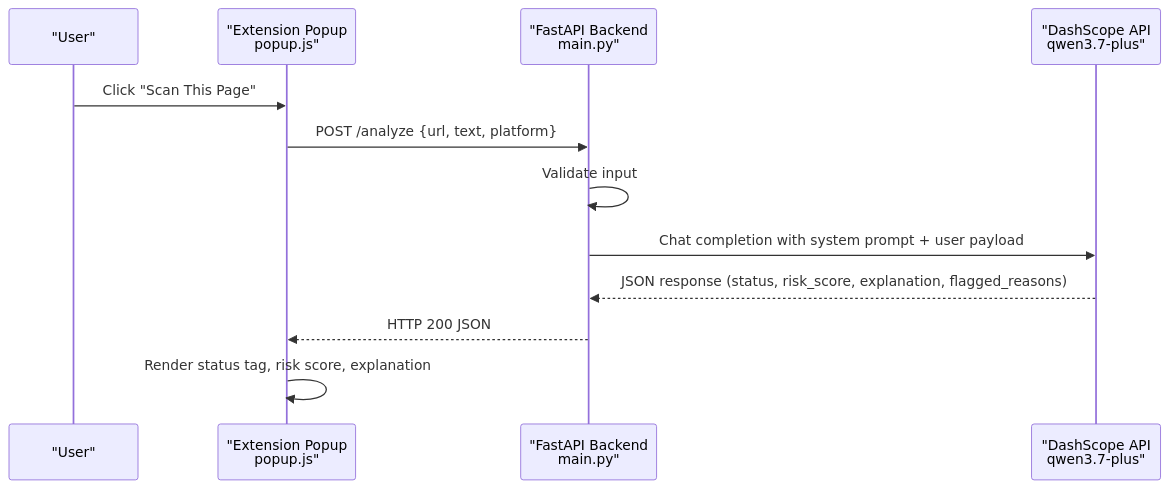
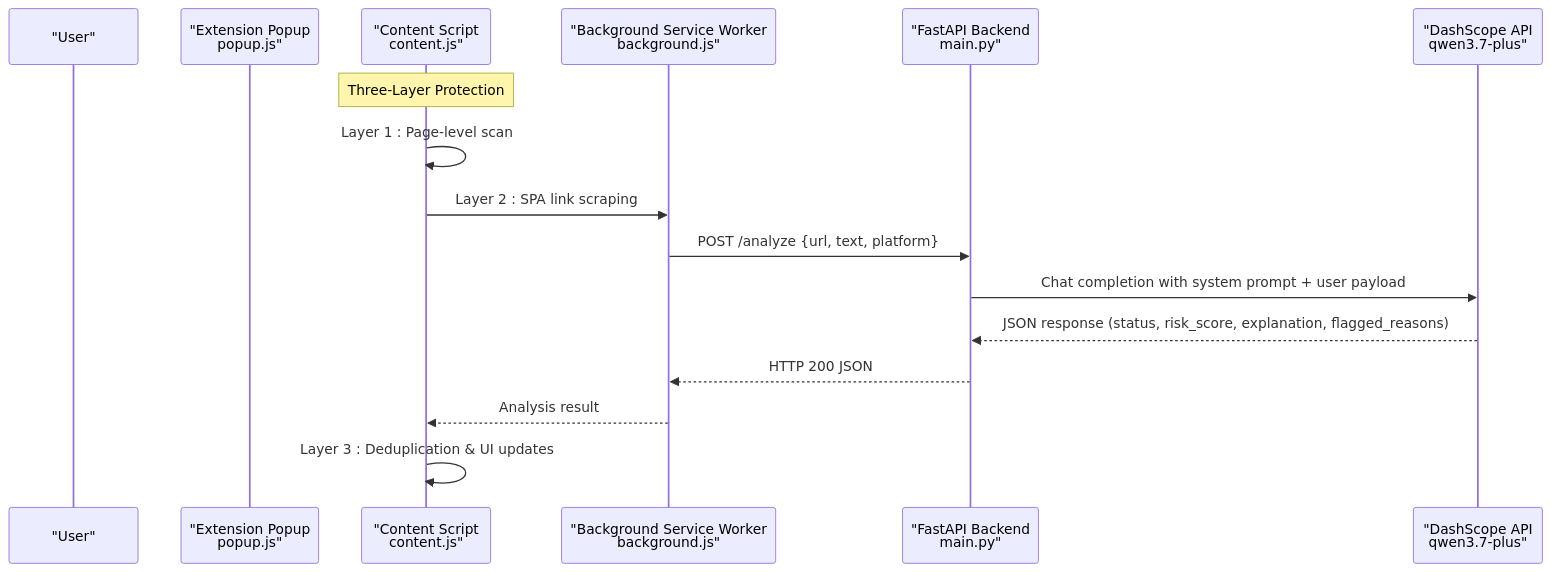
One commit to Aymanaahh/scrollguard-ai changed the second of 7 diagrams in .qoder/repowiki/en/content/System Architecture.md. Above: the diagram before and after it, drawn with Mermaid. The commit also changed other lines of this file and 38 other files, not shown here.

````diff
--- a/.qoder/repowiki/en/content/System Architecture.md
+++ b/.qoder/repowiki/en/content/System Architecture.md
@@ -95,14 +114,18 @@
 ```mermaid
 sequenceDiagram
 participant User as "User"
 participant Ext as "Extension Popup<br/>popup.js"
+participant CS as "Content Script<br/>content.js"
+participant SW as "Background Service Worker<br/>background.js"
 participant BE as "FastAPI Backend<br/>main.py"
 participant AI as "DashScope API<br/>qwen3.7-plus"
-User->>Ext : Click "Scan This Page"
-Ext->>BE : POST /analyze {url, text, platform}
-BE->>BE : Validate input
+Note over CS : Three-Layer Protection
+CS->>CS : Layer 1 : Page-level scan
+CS->>SW : Layer 2 : SPA link scraping
+SW->>BE : POST /analyze {url, text, platform}
 BE->>AI : Chat completion with system prompt + user payload
 AI-->>BE : JSON response (status, risk_score, explanation, flagged_reasons)
-BE-->>Ext : HTTP 200 JSON
-Ext->>Ext : Render status tag, risk score, explanation
+BE-->>SW : HTTP 200 JSON
+SW-->>CS : Analysis result
+CS->>CS : Layer 3 : Deduplication & UI updates
 ```
````
